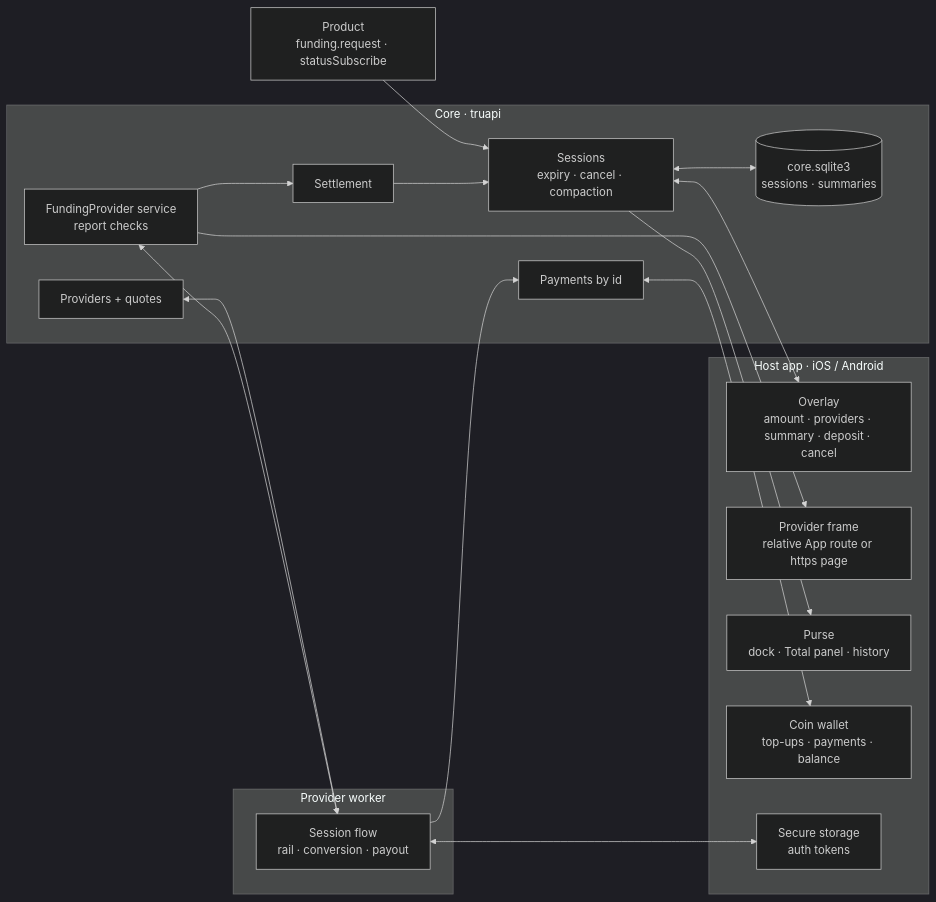
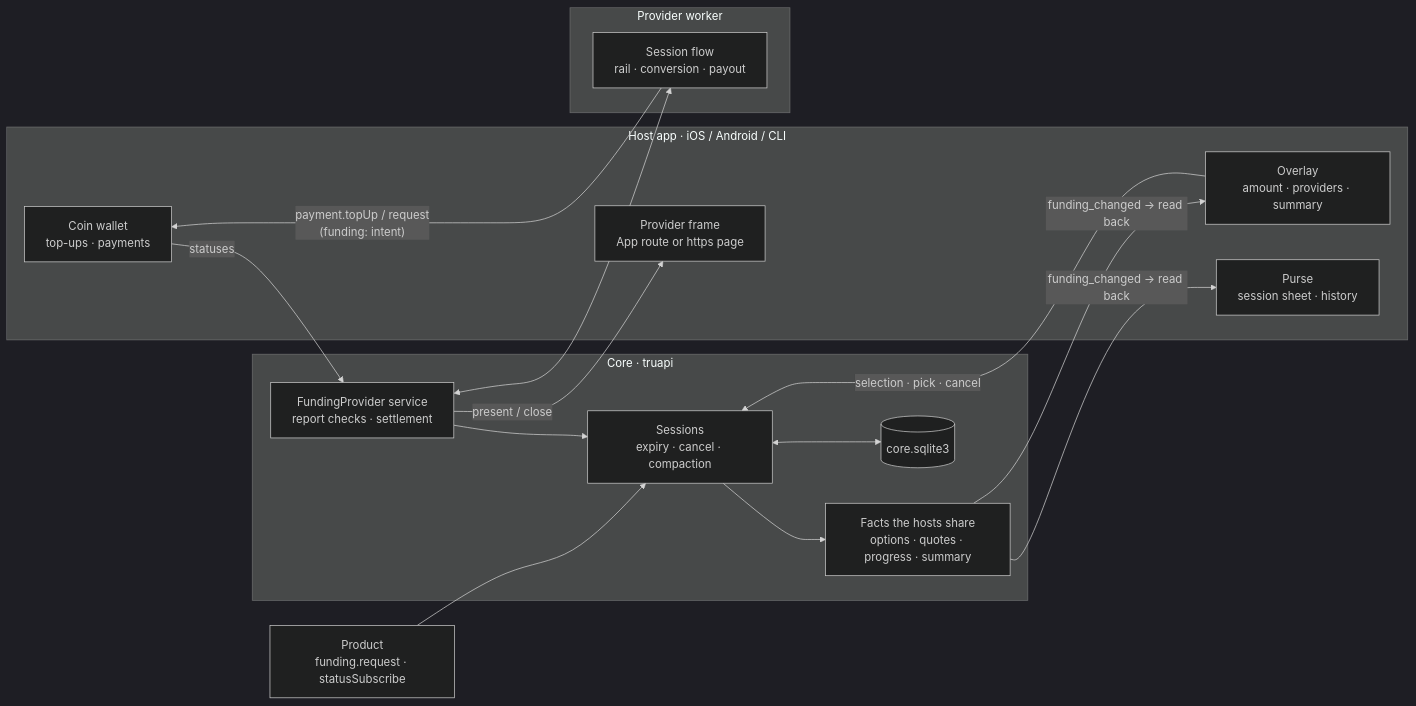
The first of 10 diagrams in docs/design/funding-modality.md (paritytech/trinity-user-agents), drawn with Mermaid (dark theme) before and after one commit. The commit also changed other lines of this file and 1 other file, not shown here.

Commit message:
docs(funding): schematics first, host reads back what changed

````diff
--- a/docs/design/funding-modality.md
+++ b/docs/design/funding-modality.md
@@ -15,37 +15,32 @@
 ```mermaid
 flowchart LR
   product["Product<br/>funding.request · statusSubscribe"]
 
-  subgraph HOST["Host app · iOS / Android"]
-    overlay["Overlay<br/>amount · providers · summary · deposit · cancel"]
-    frame["Provider frame<br/>relative App route or https page"]
-    purse["Purse<br/>dock · Total panel · history"]
-    wallet["Coin wallet<br/>top-ups · payments · balance"]
-    secure["Secure storage<br/>auth tokens"]
+  subgraph HOST["Host app · iOS / Android / CLI"]
+    overlay["Overlay<br/>amount · providers · summary"]
+    frame["Provider frame<br/>App route or https page"]
+    purse["Purse<br/>session sheet · history"]
+    wallet["Coin wallet<br/>top-ups · payments"]
   end
 
   subgraph CORE["Core · truapi"]
     sessions["Sessions<br/>expiry · cancel · compaction"]
-    db[("core.sqlite3<br/>sessions · summaries")]
-    quotes["Providers + quotes"]
-    provider["FundingProvider service<br/>report checks"]
-    settle["Settlement"]
-    payments["Payments by id"]
+    facts["Facts the hosts share<br/>options · quotes · progress · summary"]
+    db[("core.sqlite3")]
+    service["FundingProvider service<br/>report checks · settlement"]
   end
 
   subgraph WORKER["Provider worker"]
     flow["Session flow<br/>rail · conversion · payout"]
   end
 
   product --> sessions
   sessions <--> db
-  sessions <--> overlay
-  sessions --> purse
-  quotes <--> flow
-  provider <--> flow
-  provider --> frame
-  flow --> payments
-  payments <--> wallet
-  provider --> settle --> sessions
-  flow <--> secure
+  sessions --> facts
+  facts -- "funding_changed → read back" --> overlay & purse
+  overlay -- "selection · pick · cancel" --> sessions
+  service <--> flow
+  service -- present / close --> frame
+  flow -- "payment.topUp / request<br/>(funding: intent)" --> wallet
+  wallet -- statuses --> service --> sessions
 ```
````
